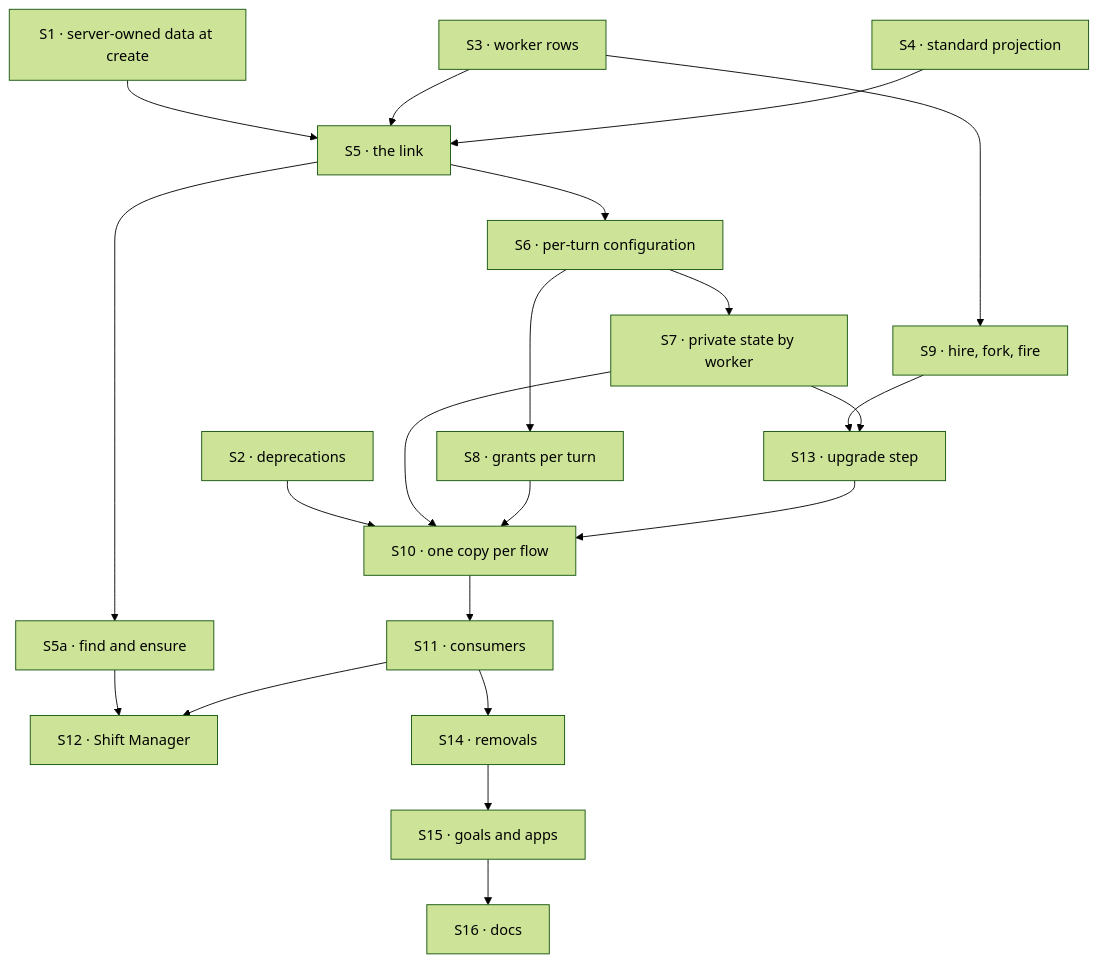
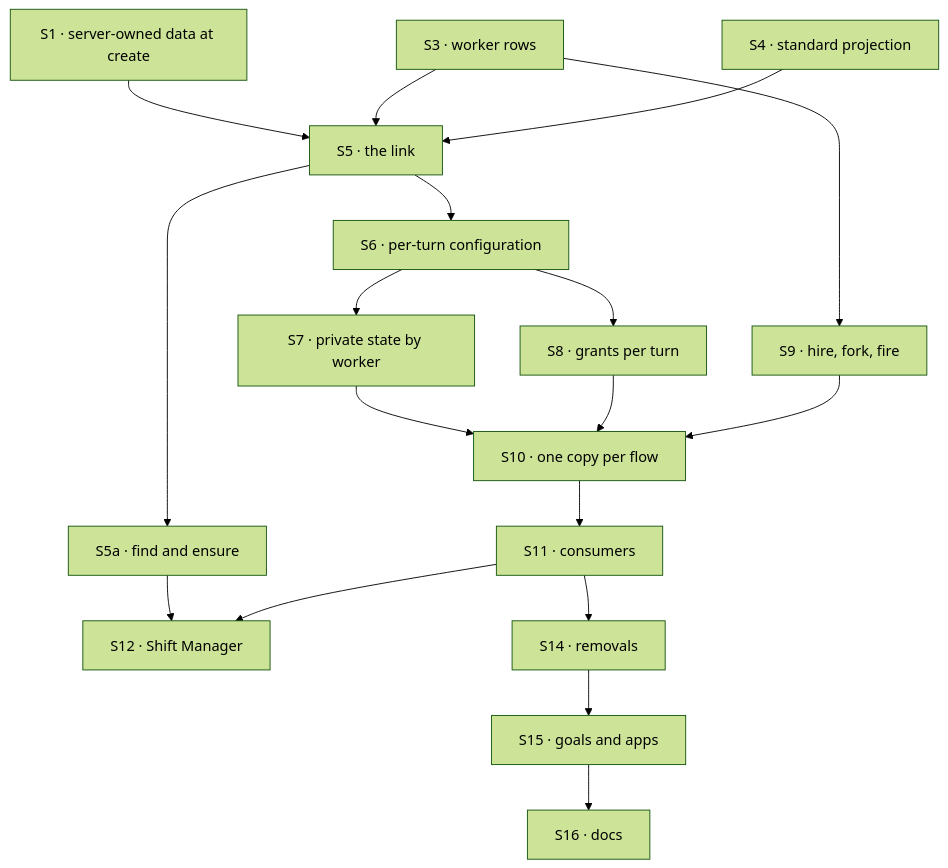
One commit to fixpoint-labs/flow-state-dev changed the diagram in specs/issues/FIX-1788/PLAN.md. Above: the diagram before and after it, drawn with Mermaid (forest theme). The commit also changed other lines of this file and 37 other files, not shown here.

````diff
--- a/specs/issues/FIX-1788/PLAN.md
+++ b/specs/issues/FIX-1788/PLAN.md
@@ -40,23 +40,20 @@
 ```mermaid
 flowchart TD
   S1["S1 · server-owned data at create"] --> S5["S5 · the link"]
-  S2["S2 · deprecations"] --> S10
   S3["S3 · worker rows"] --> S5
   S4["S4 · standard projection"] --> S5
   S5 --> S5a["S5a · find and ensure"]
   S5a --> S12
   S5 --> S6["S6 · per-turn configuration"]
   S6 --> S7["S7 · private state by worker"]
   S6 --> S8["S8 · grants per turn"]
   S3 --> S9["S9 · hire, fork, fire"]
-  S9 --> S13["S13 · upgrade step"]
-  S7 --> S13
   S7 --> S10["S10 · one copy per flow"]
   S8 --> S10
-  S13 --> S10
+  S9 --> S10
   S10 --> S11["S11 · consumers"]
   S11 --> S12["S12 · Shift Manager"]
   S11 --> S14["S14 · removals"]
   S14 --> S15["S15 · goals and apps"]
   S15 --> S16["S16 · docs"]
 ```
````
